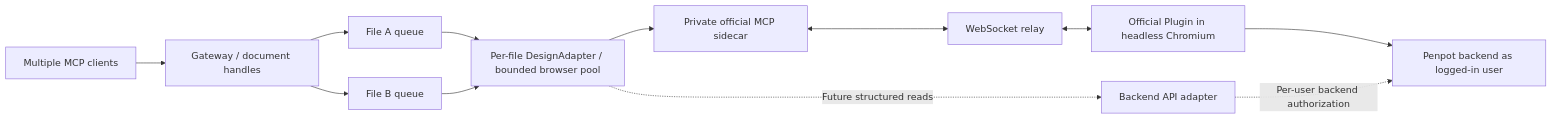
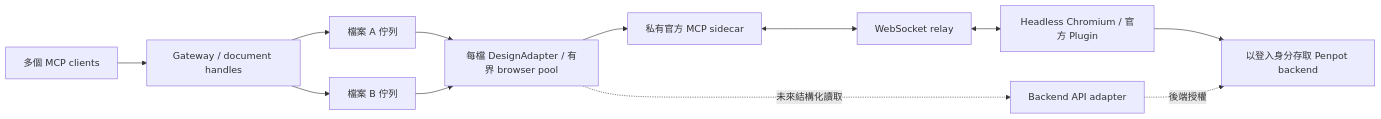
Before and after one commit to Ti-wb/penpot-better-mcp: the diagram in docs/architecture.md, drawn with Mermaid. The commit also changed other lines of this file and 7 other files, not shown here.

````diff
--- a/docs/architecture.md
+++ b/docs/architecture.md
@@ -3,14 +3,14 @@
 ```mermaid
 flowchart LR
-  C[Multiple MCP clients] --> G[Gateway / document handles]
-  G --> Q1[File A queue]
-  G --> Q2[File B queue]
-  Q1 --> A[Per-file DesignAdapter / bounded browser pool]
+  C[多個 MCP clients] --> G[Gateway / document handles]
+  G --> Q1[檔案 A 佇列]
+  G --> Q2[檔案 B 佇列]
+  Q1 --> A[每檔 DesignAdapter / 有界 browser pool]
   Q2 --> A
-  A --> U[Private official MCP sidecar]
+  A --> U[私有官方 MCP sidecar]
   U <--> R[WebSocket relay]
-  R <--> P[Official Plugin in headless Chromium]
-  P --> B[Penpot backend as logged-in user]
-  A -. Future structured reads .-> D[Backend API adapter]
-  D -. Per-user backend authorization .-> B
+  R <--> P[Headless Chromium / 官方 Plugin]
+  P --> B[以登入身分存取 Penpot backend]
+  A -. 未來結構化讀取 .-> D[Backend API adapter]
+  D -. 後端授權 .-> B
 ```
````
